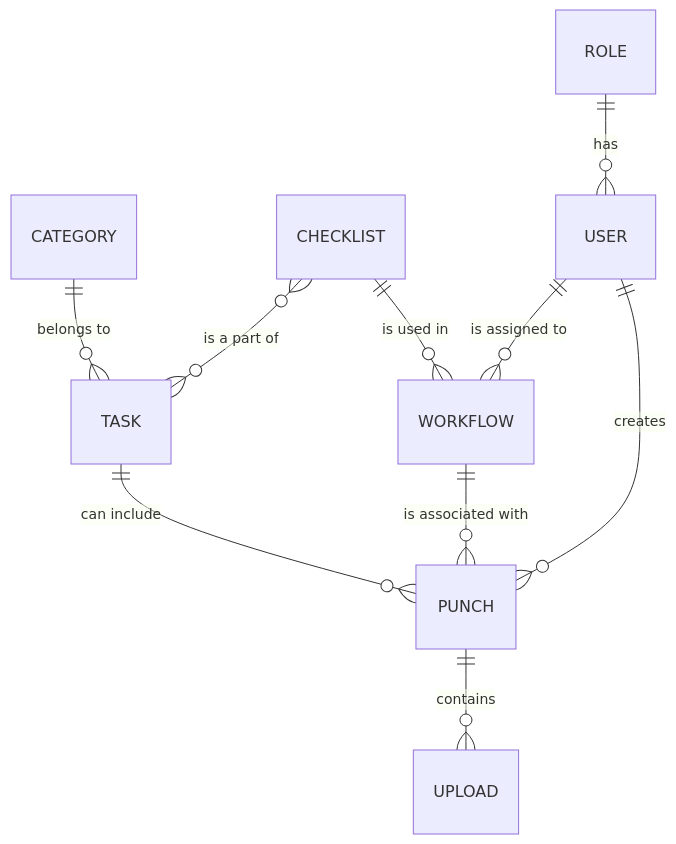
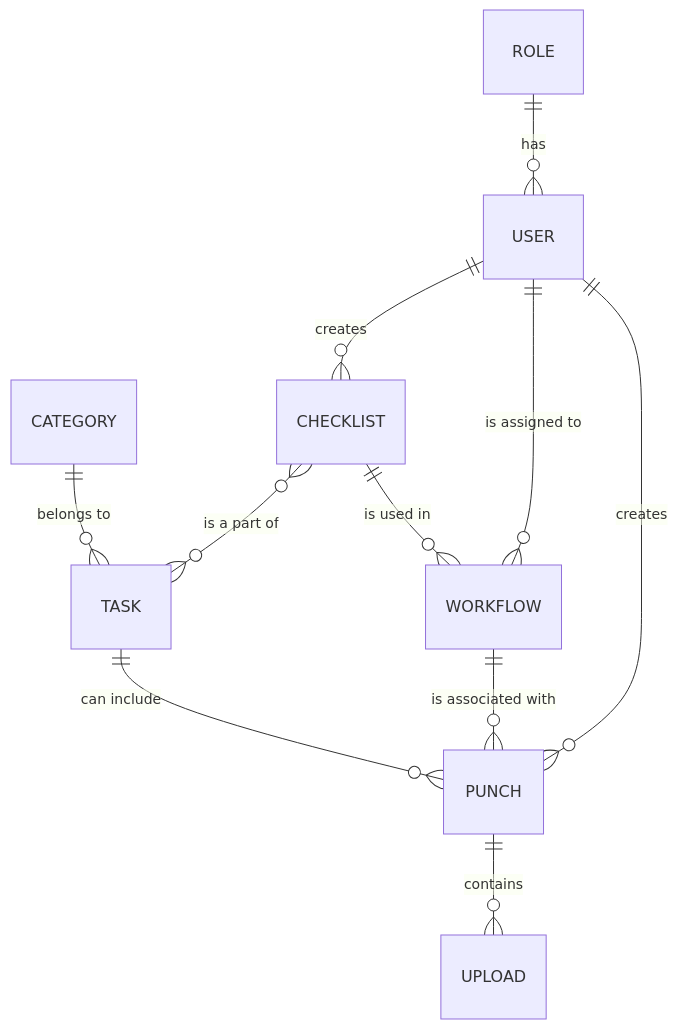
The diagram in README.md (OptiCorp/turbin-sikker-api), drawn with Mermaid before and after one commit.

````diff
--- a/README.md
+++ b/README.md
@@ -13,12 +13,13 @@
 ```mermaid
     erDiagram
         CATEGORY ||--o{ TASK : "belongs to"
         CHECKLIST }o--o{ TASK : "is a part of"
         CHECKLIST ||--o{ WORKFLOW : "is used in"
         TASK ||--o{ PUNCH : "can include"
         WORKFLOW ||--o{ PUNCH : "is associated with"
         USER ||--o{ PUNCH : "creates"
+        USER ||--o{ CHECKLIST : "creates"
         USER ||--o{ WORKFLOW : "is assigned to"
         PUNCH ||--o{ UPLOAD : "contains"
         ROLE ||--o{ USER : "has"
 ```
````
